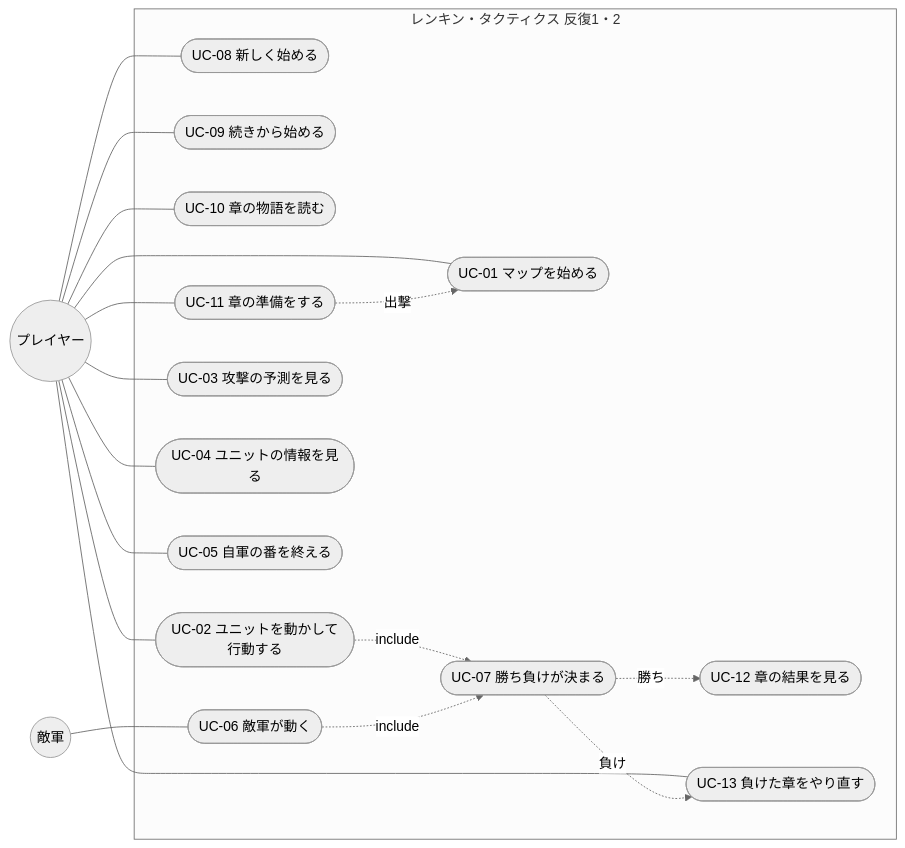
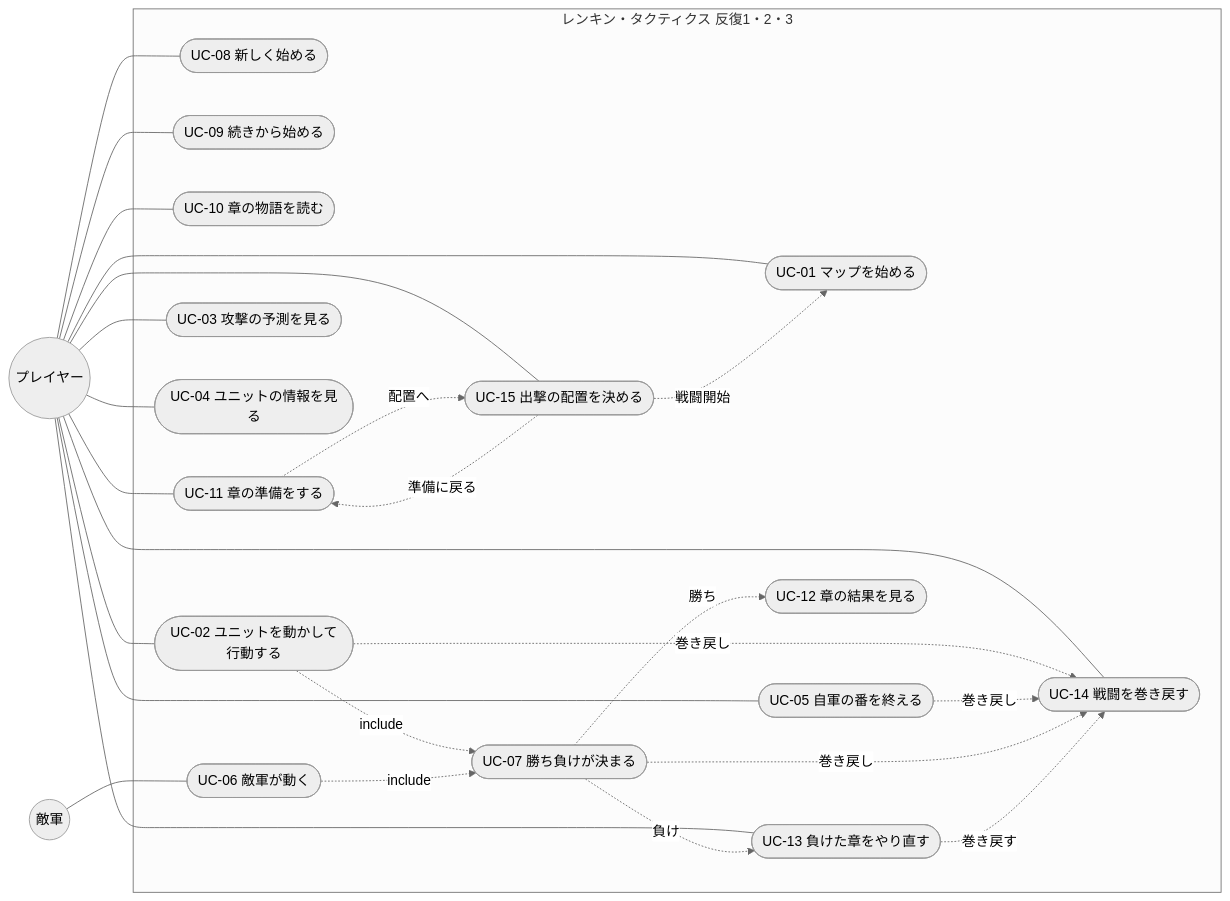
One commit to sakana396/renkin_tactics changed the diagram in docs/02_requirements/use-cases.md. Above: the diagram before and after it, drawn with Mermaid (neutral theme). The commit also changed other lines of this file and 4 other files, not shown here.

````diff
--- a/docs/02_requirements/use-cases.md
+++ b/docs/02_requirements/use-cases.md
@@ -17,36 +17,46 @@
 ```mermaid
 flowchart LR
   P((プレイヤー))
   E((敵軍))
-  subgraph RT[レンキン・タクティクス 反復1・2]
+  subgraph RT[レンキン・タクティクス 反復1・2・3]
     UC08([UC-08 新しく始める])
     UC09([UC-09 続きから始める])
     UC10([UC-10 章の物語を読む])
     UC11([UC-11 章の準備をする])
     UC01([UC-01 マップを始める])
     UC02([UC-02 ユニットを動かして行動する])
     UC03([UC-03 攻撃の予測を見る])
     UC04([UC-04 ユニットの情報を見る])
     UC05([UC-05 自軍の番を終える])
     UC06([UC-06 敵軍が動く])
     UC07([UC-07 勝ち負けが決まる])
     UC12([UC-12 章の結果を見る])
     UC13([UC-13 負けた章をやり直す])
+    UC14([UC-14 戦闘を巻き戻す])
+    UC15([UC-15 出撃の配置を決める])
   end
   P --- UC08
   P --- UC09
   P --- UC10
   P --- UC11
   P --- UC13
+  P --- UC14
+  P --- UC15
   P --- UC01
   P --- UC02
   P --- UC03
   P --- UC04
   P --- UC05
   E --- UC06
   UC02 -.include.-> UC07
   UC06 -.include.-> UC07
   UC07 -.勝ち.-> UC12
   UC07 -.負け.-> UC13
-  UC11 -.出撃.-> UC01
+  UC11 -.配置へ.-> UC15
+  UC15 -.戦闘開始.-> UC01
+  UC15 -.準備に戻る.-> UC11
+  UC02 -.巻き戻し.-> UC14
+  UC05 -.巻き戻し.-> UC14
+  UC07 -.巻き戻し.-> UC14
+  UC13 -.巻き戻す.-> UC14
 ```
````
